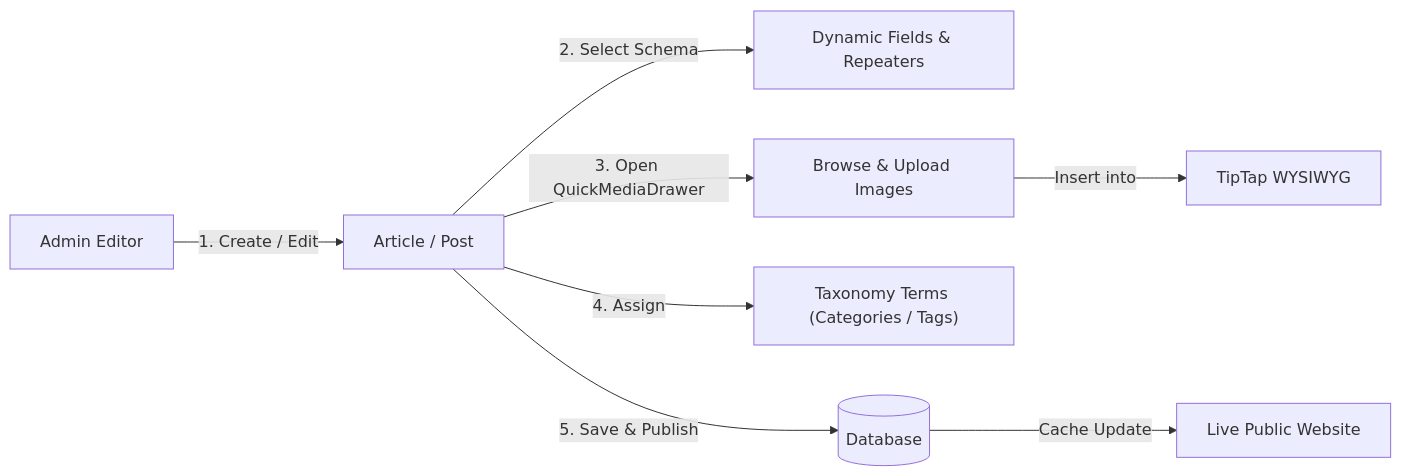
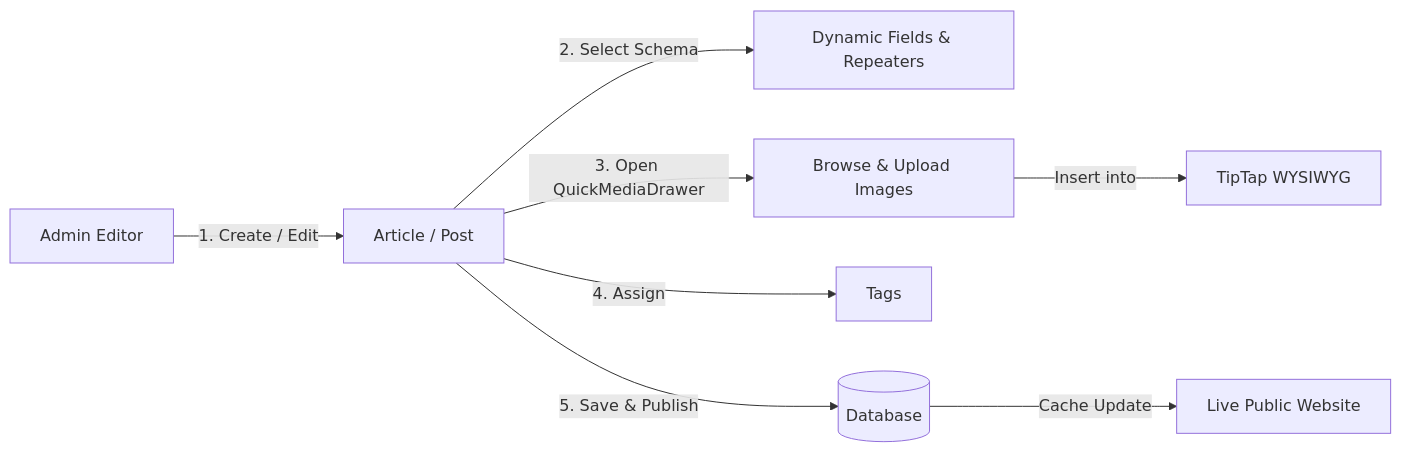
One commit to fishercom/mewcms changed the fourth of 4 diagrams in README.md. Above: the diagram before and after it, drawn with Mermaid. The commit also changed other lines of this file and 1 other file, not shown here.

````diff
--- a/README.md
+++ b/README.md
@@ -199,10 +220,10 @@
 ```mermaid
 flowchart LR
     A["Admin Editor"] -->|"1. Create / Edit"| B["Article / Post"]
     B -->|"2. Select Schema"| C["Dynamic Fields & Repeaters"]
     B -->|"3. Open QuickMediaDrawer"| D["Browse & Upload Images"]
     D -->|"Insert into"| E["TipTap WYSIWYG"]
-    B -->|"4. Assign"| F["Taxonomy Terms (Categories / Tags)"]
+    B -->|"4. Assign"| F["Tags"]
     B -->|"5. Save & Publish"| G[("Database")]
     G -->|"Cache Update"| H["Live Public Website"]
 ```
````
